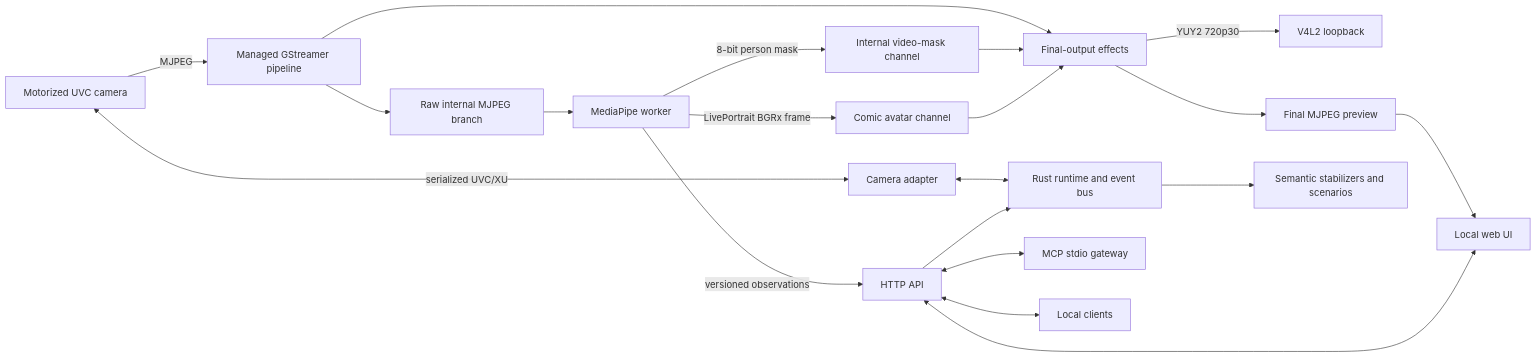
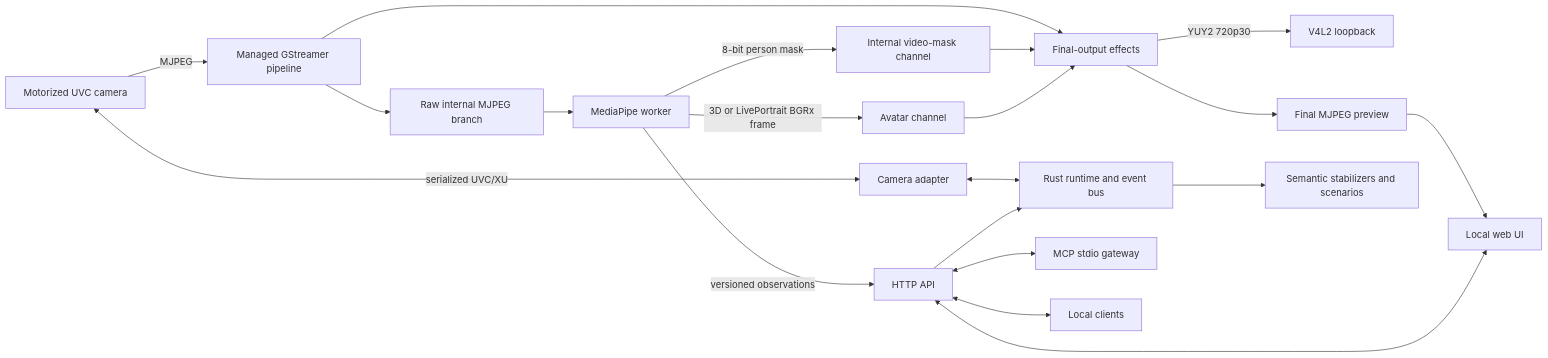
Before and after one commit to dguerizec/tarsier: the diagram in README.md, drawn with Mermaid. The commit also changed other lines of this file and 16 other files, not shown here.

````diff
--- a/README.md
+++ b/README.md
@@ -76,24 +76,24 @@
 ```mermaid
 flowchart LR
     Camera[Motorized UVC camera] -->|MJPEG| Pipeline[Managed GStreamer pipeline]
     Camera <-->|serialized UVC/XU| Adapter[Camera adapter]
 
     Pipeline --> RawPreview[Raw internal MJPEG branch]
     RawPreview --> Worker[MediaPipe worker]
     Worker -->|8-bit person mask| Mask[Internal video-mask channel]
-    Worker -->|LivePortrait BGRx frame| Avatar[Comic avatar channel]
+    Worker -->|3D or LivePortrait BGRx frame| Avatar[Avatar channel]
     Pipeline --> Effects[Final-output effects]
     Mask --> Effects
     Avatar --> Effects
     Effects -->|YUY2 720p30| Loopback[V4L2 loopback]
     Effects --> Preview[Final MJPEG preview]
     Preview --> UI[Local web UI]
 
     Adapter <--> Core[Rust runtime and event bus]
     Worker -->|versioned observations| API[HTTP API]
     API --> Core
     Core --> Scenarios[Semantic stabilizers and scenarios]
     API <--> UI
     API <--> MCP[MCP stdio gateway]
     API <--> Clients[Local clients]
 ```
````
